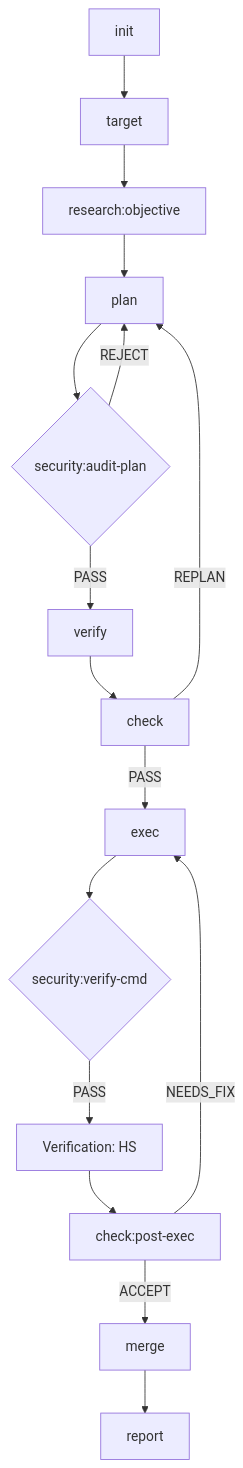
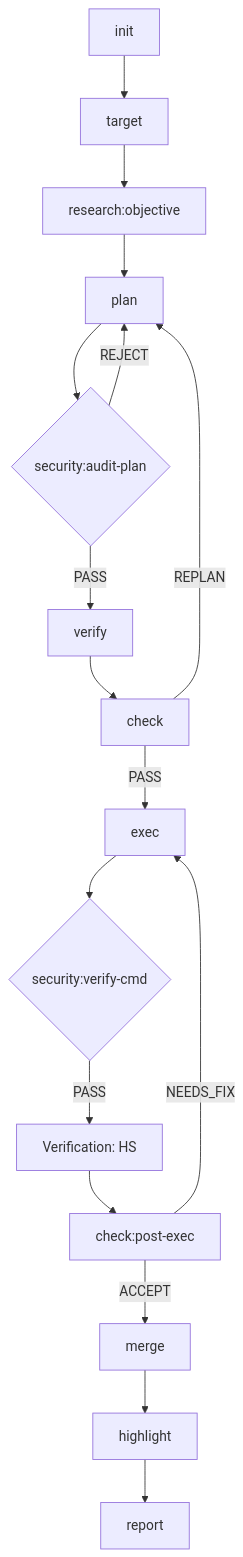
Before and after one commit to huacheng/moonview: the first of 2 diagrams in README.md, drawn with Mermaid. The commit also changed other lines of this file and 1 other file, not shown here.

````diff
--- a/README.md
+++ b/README.md
@@ -75,18 +75,19 @@
 ```mermaid
 graph TD
     init[init] --> target[target]
     target --> res_obj[research:objective]
     res_obj --> plan[plan]
     plan --> sec_plan{security:audit-plan}
     sec_plan -- PASS --> verify[verify]
     sec_plan -- REJECT --> plan
     verify --> check[check]
     check -- PASS --> exec[exec]
     check -- REPLAN --> plan
     exec --> sec_cmd{security:verify-cmd}
     sec_cmd -- PASS --> hs[Verification: HS]
     hs --> check_post[check:post-exec]
     check_post -- ACCEPT --> merge[merge]
     check_post -- NEEDS_FIX --> exec
-    merge --> report[report]
+    merge --> highlight[highlight]
+    highlight --> report[report]
 ```
````
